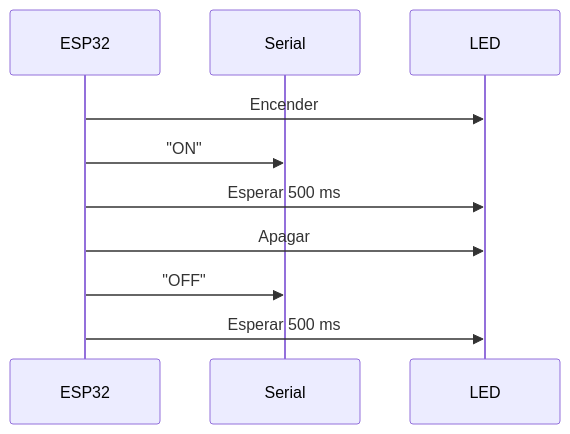
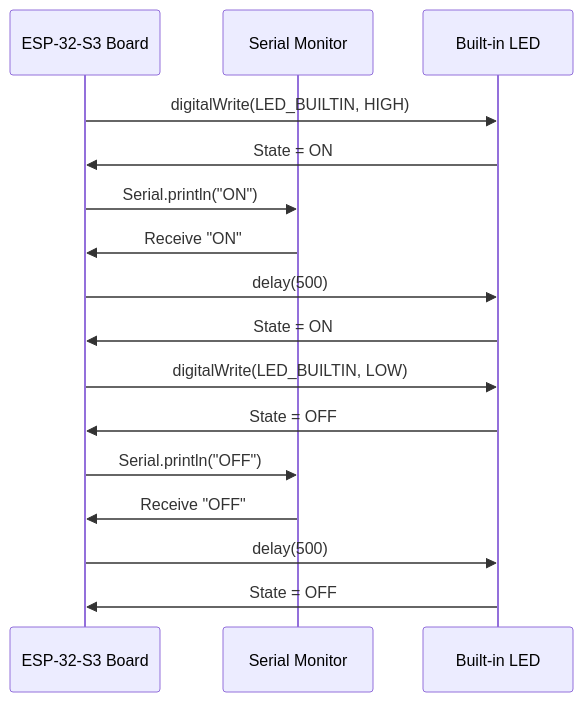
Before and after one commit to DanielMorera23/P1: the second of 2 diagrams in README.md, drawn with Mermaid.

Commit message:
README.md

````diff
--- a/README.md
+++ b/README.md
@@ -65,12 +65,18 @@
 ```mermaid
 sequenceDiagram
-    participant ESP32
-    participant Serial
-    participant LED
-    ESP32->>LED: Encender
-    ESP32->>Serial: "ON"
-    ESP32->>LED: Esperar 500 ms
-    ESP32->>LED: Apagar
-    ESP32->>Serial: "OFF"
-    ESP32->>LED: Esperar 500 ms
+    participant Arduino as ESP-32-S3 Board
+    participant Serial as Serial Monitor
+    participant LED as Built-in LED
+    Arduino->>LED: digitalWrite(LED_BUILTIN, HIGH)
+    LED->>Arduino: State = ON
+    Arduino->>Serial: Serial.println("ON")
+    Serial->>Arduino: Receive "ON"
+    Arduino->>LED: delay(500)
+    LED->>Arduino: State = ON
+    Arduino->>LED: digitalWrite(LED_BUILTIN, LOW)
+    LED->>Arduino: State = OFF
+    Arduino->>Serial: Serial.println("OFF")
+    Serial->>Arduino: Receive "OFF"
+    Arduino->>LED: delay(500)
+    LED->>Arduino: State = OFF
 ```
````
